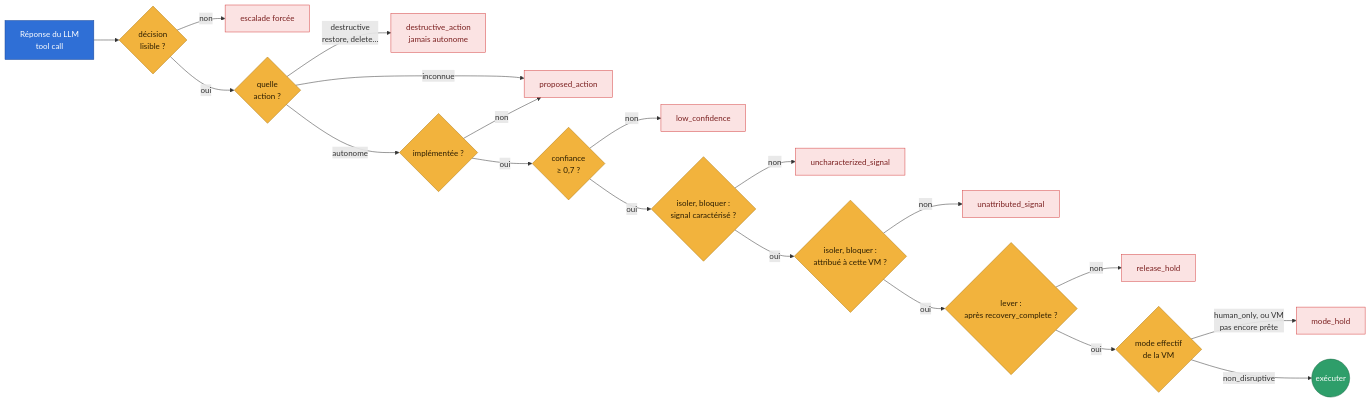
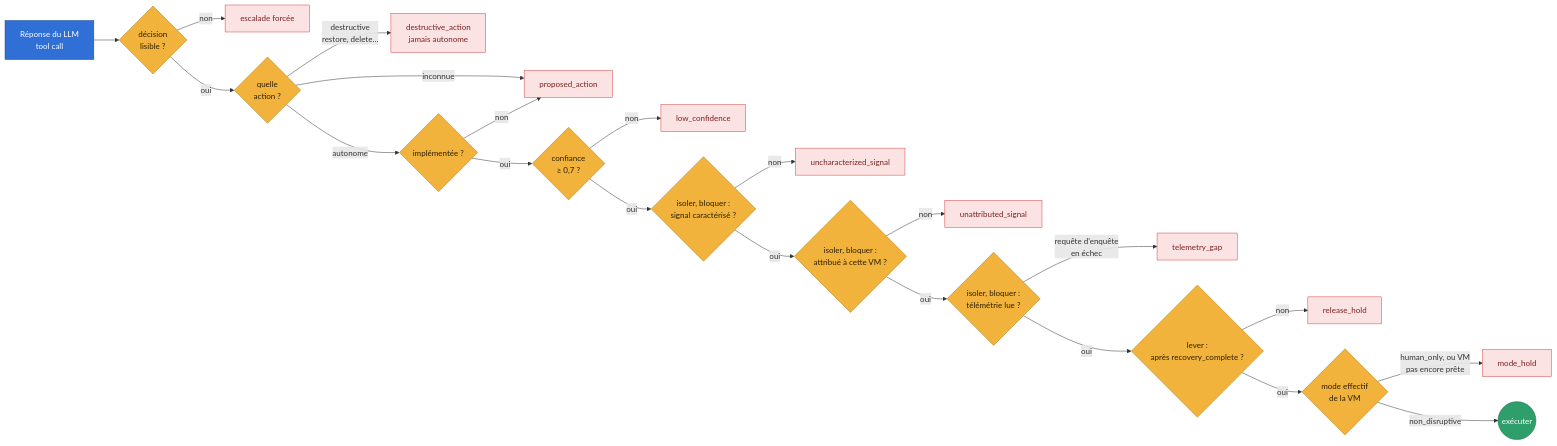
One commit to Vanyar53/eregion changed the fourth of 6 diagrams in docs/architecture.md. Above: the diagram before and after it, drawn with Mermaid. The commit also changed other lines of this file and 9 other files, not shown here.

````diff
--- a/docs/architecture.md
+++ b/docs/architecture.md
@@ -138,29 +141,31 @@
 ```mermaid
 flowchart LR
     LLM["Réponse du LLM<br/>tool call"] --> P{"décision<br/>lisible ?"}
     P -->|non| E0["escalade forcée"]
     P -->|oui| K{"quelle<br/>action ?"}
     K -->|"destructive<br/>restore, delete…"| E7["destructive_action<br/>jamais autonome"]
     K -->|"inconnue"| E1["proposed_action"]
     K -->|"autonome"| X{"implémentée ?"}
     X -->|non| E1
     X -->|oui| C{"confiance<br/>≥ 0,7 ?"}
     C -->|non| E2["low_confidence"]
     C -->|oui| S{"isoler, bloquer :<br/>signal caractérisé ?"}
     S -->|non| E3["uncharacterized_signal"]
     S -->|oui| A{"isoler, bloquer :<br/>attribué à cette VM ?"}
     A -->|non| E4["unattributed_signal"]
-    A -->|oui| R{"lever :<br/>après recovery_complete ?"}
+    A -->|oui| T{"isoler, bloquer :<br/>télémétrie lue ?"}
+    T -->|"requête d'enquête<br/>en échec"| E8["telemetry_gap"]
+    T -->|oui| R{"lever :<br/>après recovery_complete ?"}
     R -->|non| E5["release_hold"]
     R -->|oui| M{"mode effectif<br/>de la VM"}
     M -->|"human_only, ou VM<br/>pas encore prête"| E6["mode_hold"]
     M -->|"non_disruptive"| GO(("exécuter"))
     classDef blue fill:#2f6fd6,stroke:#1d4a9a,color:#ffffff
     classDef guard fill:#f2b33d,stroke:#b07a12,color:#2b1d00
     classDef warn fill:#fbe3e3,stroke:#d64545,color:#7a1f1f
     classDef go fill:#2e9e6a,stroke:#1d6b47,color:#ffffff
     class LLM blue
-    class P,K,X,C,S,A,R,M guard
-    class E0,E1,E2,E3,E4,E5,E6,E7 warn
+    class P,K,X,C,S,A,T,R,M guard
+    class E0,E1,E2,E3,E4,E5,E6,E7,E8 warn
     class GO go
 ```
````
